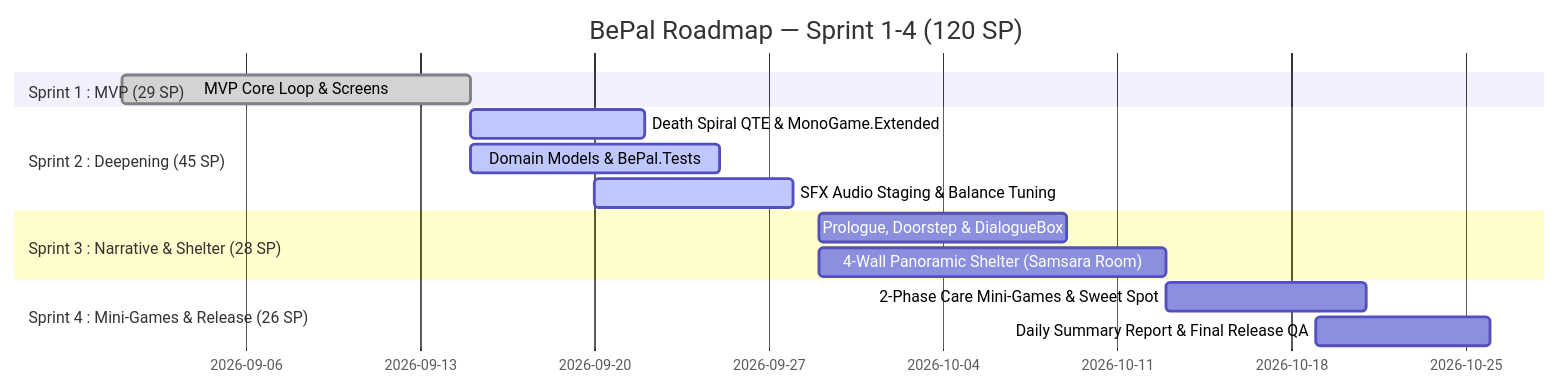
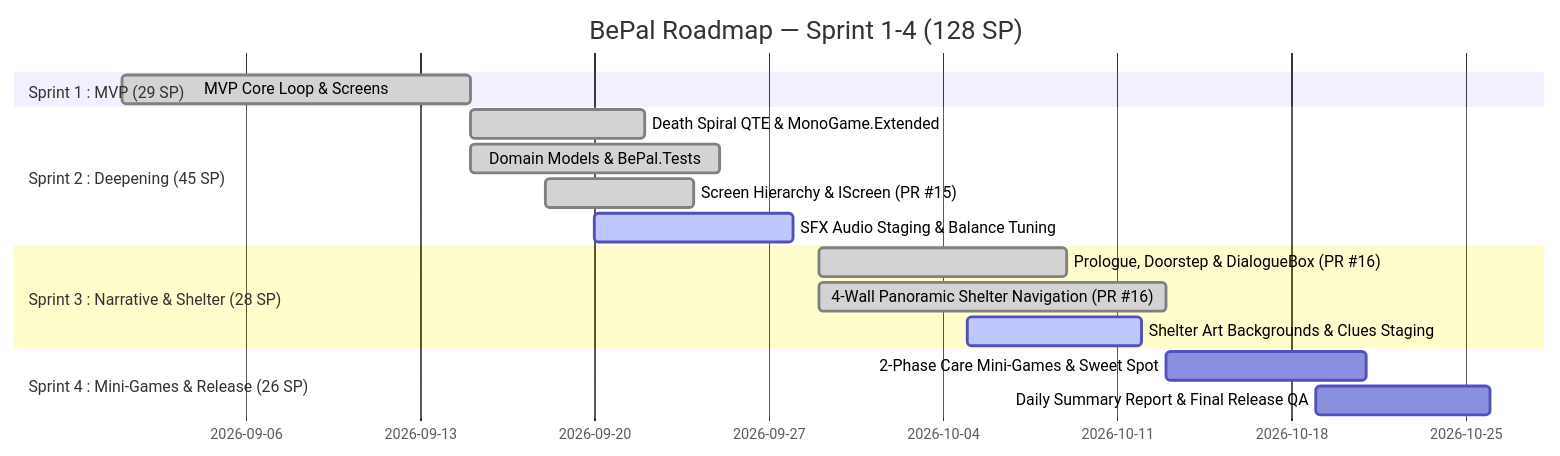
One commit to SShoww/Your-Story changed the diagram in BEPAL/Docs/Agile/02-sprint-backlog.md. Above: the diagram before and after it, drawn with Mermaid. The commit also changed other lines of this file, not shown here.

First line of the commit message:
Refresh sprint roadmap and delivery status

````diff
--- a/BEPAL/Docs/Agile/02-sprint-backlog.md
+++ b/BEPAL/Docs/Agile/02-sprint-backlog.md
@@ -28,17 +28,19 @@
 ```mermaid
 gantt
-    title BePal Roadmap — Sprint 1-4 (120 SP)
+    title BePal Roadmap — Sprint 1-4 (128 SP)
     dateFormat  YYYY-MM-DD
     section Sprint 1 : MVP (29 SP)
     MVP Core Loop & Screens            :done, s1, 2026-09-01, 14d
     section Sprint 2 : Deepening (45 SP)
-    Death Spiral QTE & MonoGame.Extended :active, s2_1, 2026-09-15, 7d
-    Domain Models & BePal.Tests        :active, s2_2, 2026-09-15, 10d
+    Death Spiral QTE & MonoGame.Extended :done, s2_1, 2026-09-15, 7d
+    Domain Models & BePal.Tests        :done, s2_2, 2026-09-15, 10d
+    Screen Hierarchy & IScreen (PR #15):done, s2_4, 2026-09-18, 6d
     SFX Audio Staging & Balance Tuning :active, s2_3, 2026-09-20, 8d
     section Sprint 3 : Narrative & Shelter (28 SP)
-    Prologue, Doorstep & DialogueBox   :s3_1, 2026-09-29, 10d
-    4-Wall Panoramic Shelter (Samsara Room):s3_2, 2026-09-29, 14d
+    Prologue, Doorstep & DialogueBox (PR #16):done, s3_1, 2026-09-29, 10d
+    4-Wall Panoramic Shelter Navigation (PR #16):done, s3_2, 2026-09-29, 14d
+    Shelter Art Backgrounds & Clues Staging :active, s3_3, 2026-10-05, 7d
     section Sprint 4 : Mini-Games & Release (26 SP)
     2-Phase Care Mini-Games & Sweet Spot:s4_1, 2026-10-13, 8d
     Daily Summary Report & Final Release QA:s4_2, 2026-10-19, 7d
 ```
````
